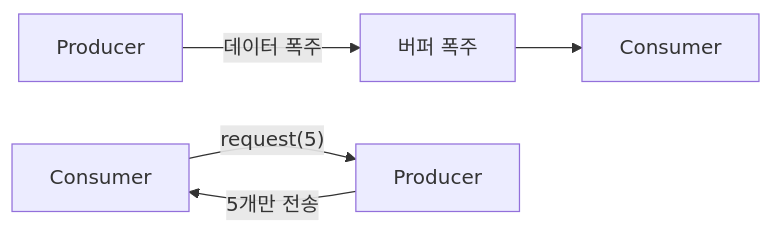
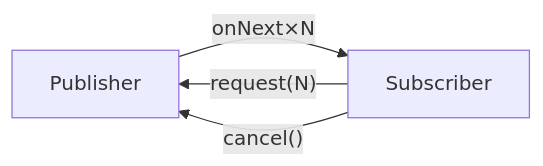
The third of 6 diagrams in _posts/spring/2026-05-01-spring-webflux.md (yjkim2015/yjkim2015.github.io), drawn with Mermaid before and after one commit. The commit also changed other lines of this file and 4 other files, not shown here.

````diff
--- a/_posts/spring/2026-05-01-spring-webflux.md
+++ b/_posts/spring/2026-05-01-spring-webflux.md
@@ -115,6 +96,6 @@
 ```mermaid
 graph LR
-    P1[Producer] -->|"데이터 폭주"| B1["버퍼 폭주"] --> C1["Consumer"]
-    C2["Consumer"] -->|"request(5)"| P2[Producer]
-    P2 -->|"5개만 전송"| C2
+    PUB["Publisher"] -->|"onNext×N"| SUB["Subscriber"]
+    SUB -->|"request(N)"| PUB
+    SUB -->|"cancel()"| PUB
 ```
````
